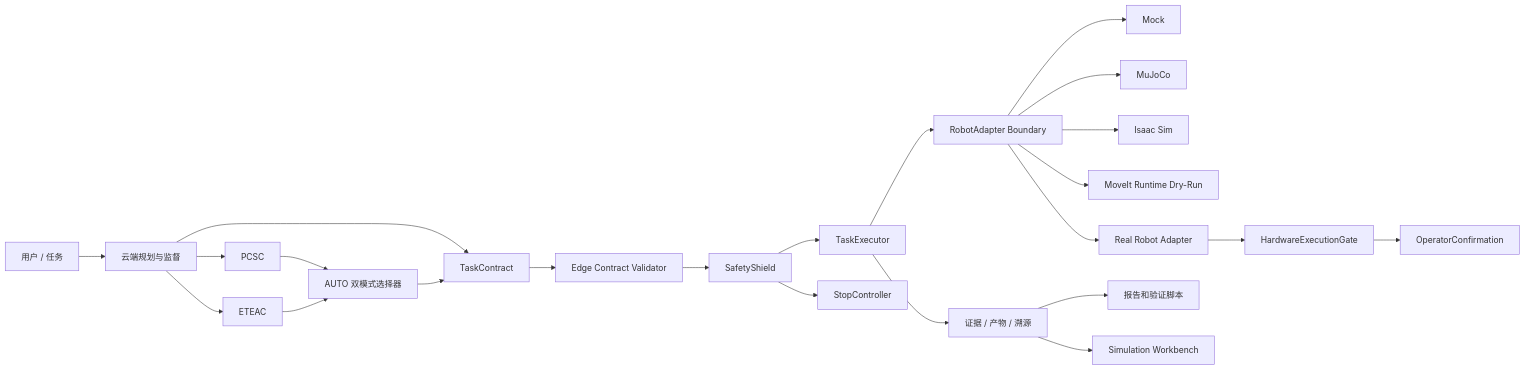
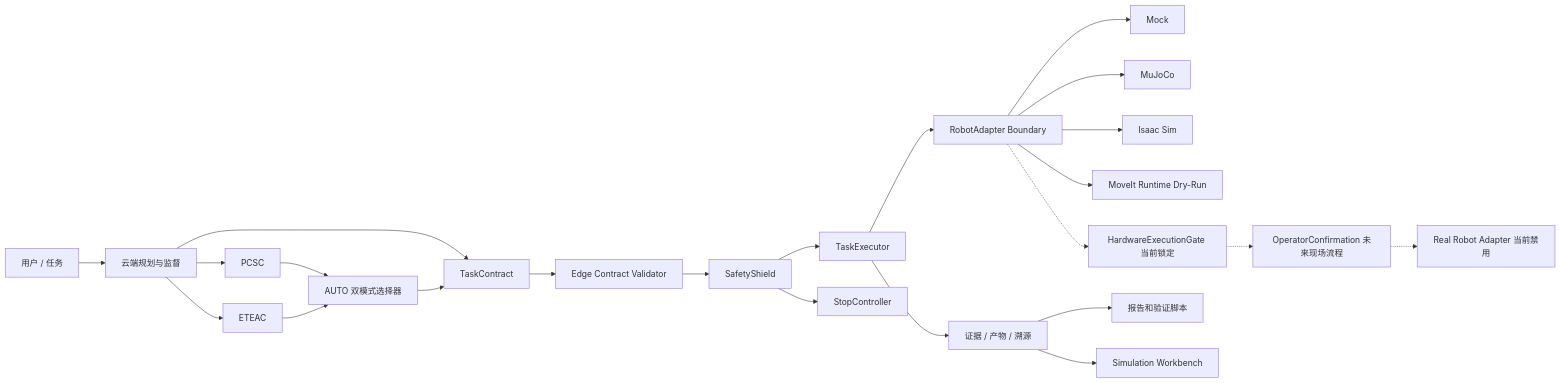
The diagram in README.md (ningyd98/BIG-small), drawn with Mermaid before and after one commit. The commit also changed other lines of this file and 4 other files, not shown here.

````diff
--- a/README.md
+++ b/README.md
@@ -57,25 +53,25 @@
 ```mermaid
 flowchart LR
   User[用户 / 任务] --> Cloud[云端规划与监督]
   Cloud --> Contract[TaskContract]
   Contract --> Validator[Edge Contract Validator]
   Validator --> Shield[SafetyShield]
   Shield --> Executor[TaskExecutor]
   Executor --> Adapter[RobotAdapter Boundary]
   Adapter --> Mock[Mock]
   Adapter --> MuJoCo[MuJoCo]
   Adapter --> Isaac[Isaac Sim]
   Adapter --> MoveIt[MoveIt Runtime Dry-Run]
-  Adapter --> Real[Real Robot Adapter]
+  Adapter -.-> Gate[HardwareExecutionGate 当前锁定]
+  Gate -.-> Operator[OperatorConfirmation 未来现场流程]
+  Operator -.-> Real[Real Robot Adapter 当前禁用]
   Shield --> Stop[StopController]
   Executor --> Evidence[证据 / 产物 / 溯源]
   Evidence --> Reports[报告和验证脚本]
   Evidence --> Workbench[Simulation Workbench]
   Cloud --> PCSC[PCSC]
   Cloud --> ETEAC[ETEAC]
   PCSC --> AUTO[AUTO 双模式选择器]
   ETEAC --> AUTO
   AUTO --> Contract
-  Real --> Gate[HardwareExecutionGate]
-  Gate --> Operator[OperatorConfirmation]
 ```
````
